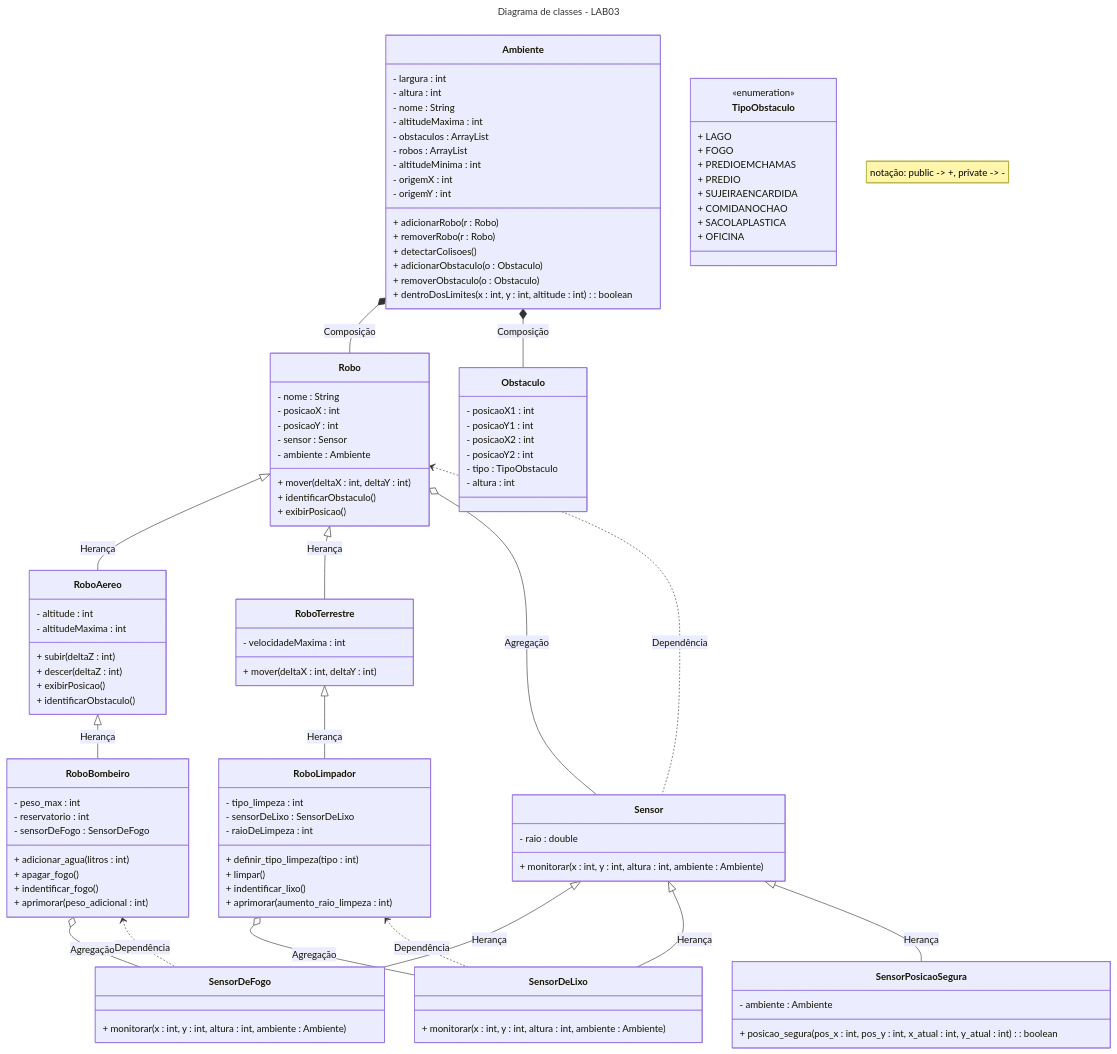
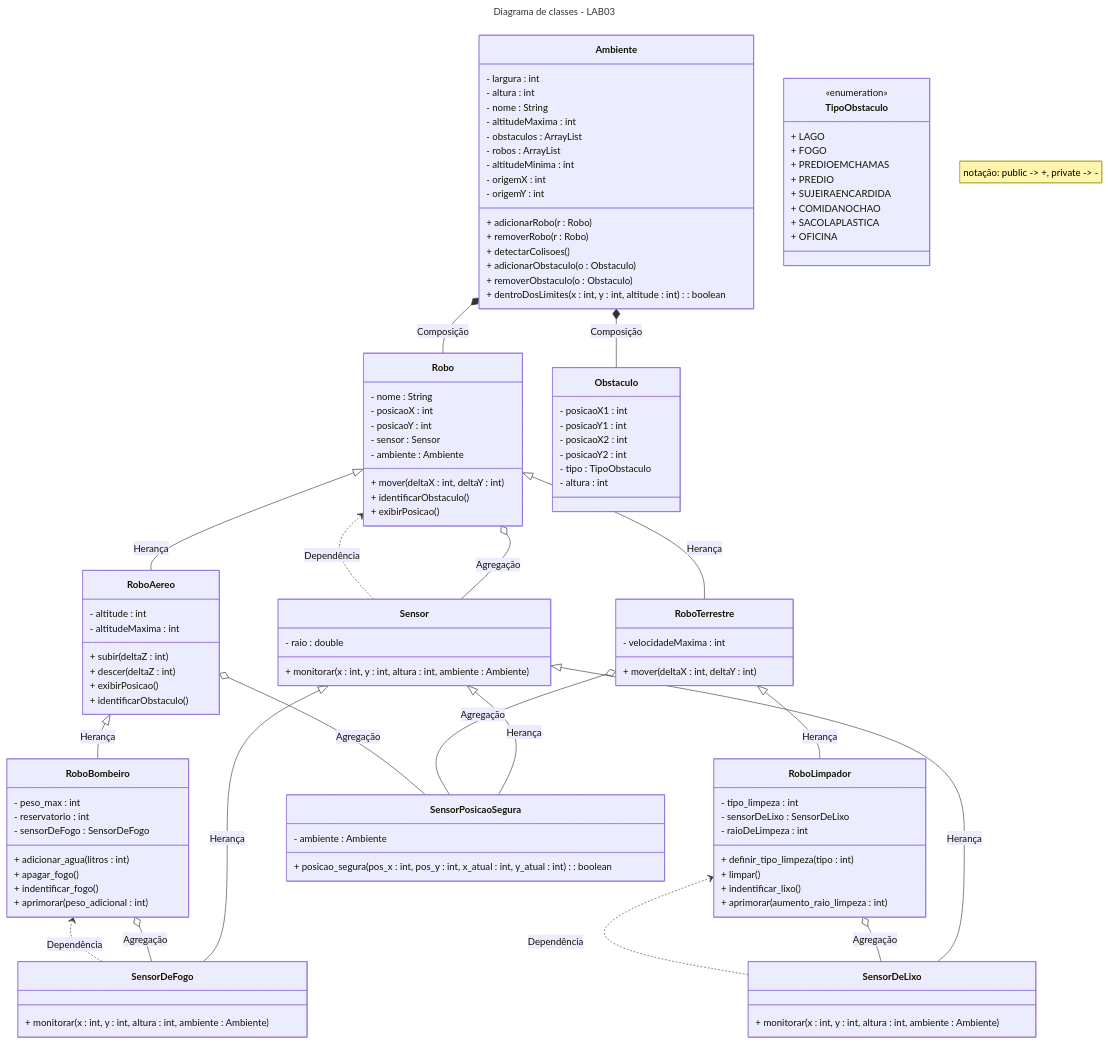
One commit to KauanAprigio/MC322 changed the diagram in README.md. Above: the diagram before and after it, drawn with Mermaid.

````diff
--- a/README.md
+++ b/README.md
@@ -144,4 +144,6 @@
     RoboBombeiro o-- SensorDeFogo : Agregação
     RoboLimpador <.. SensorDeLixo : Dependência
     RoboBombeiro <.. SensorDeFogo : Dependência
+    RoboTerrestre o-- SensorPosicaoSegura : Agregação
+    RoboAereo o-- SensorPosicaoSegura : Agregação
 ```
````
